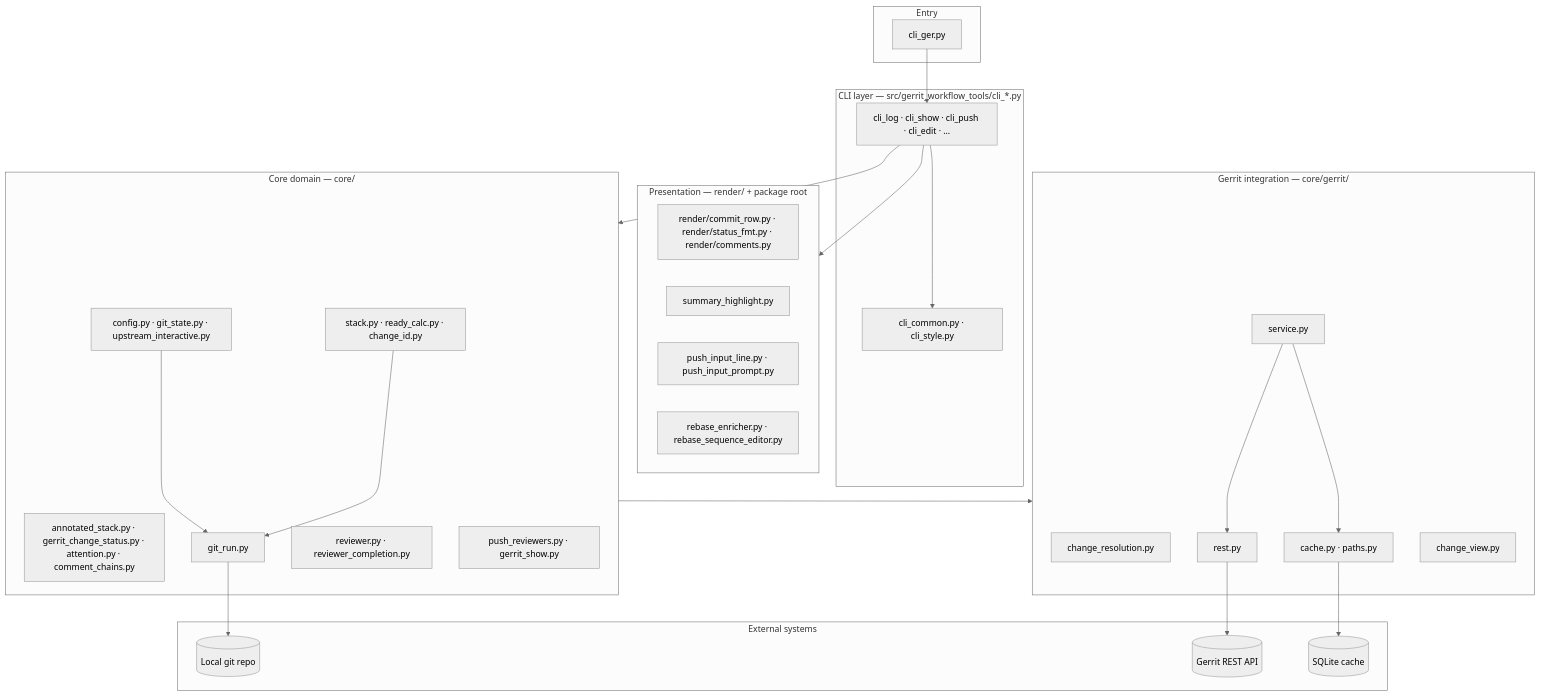
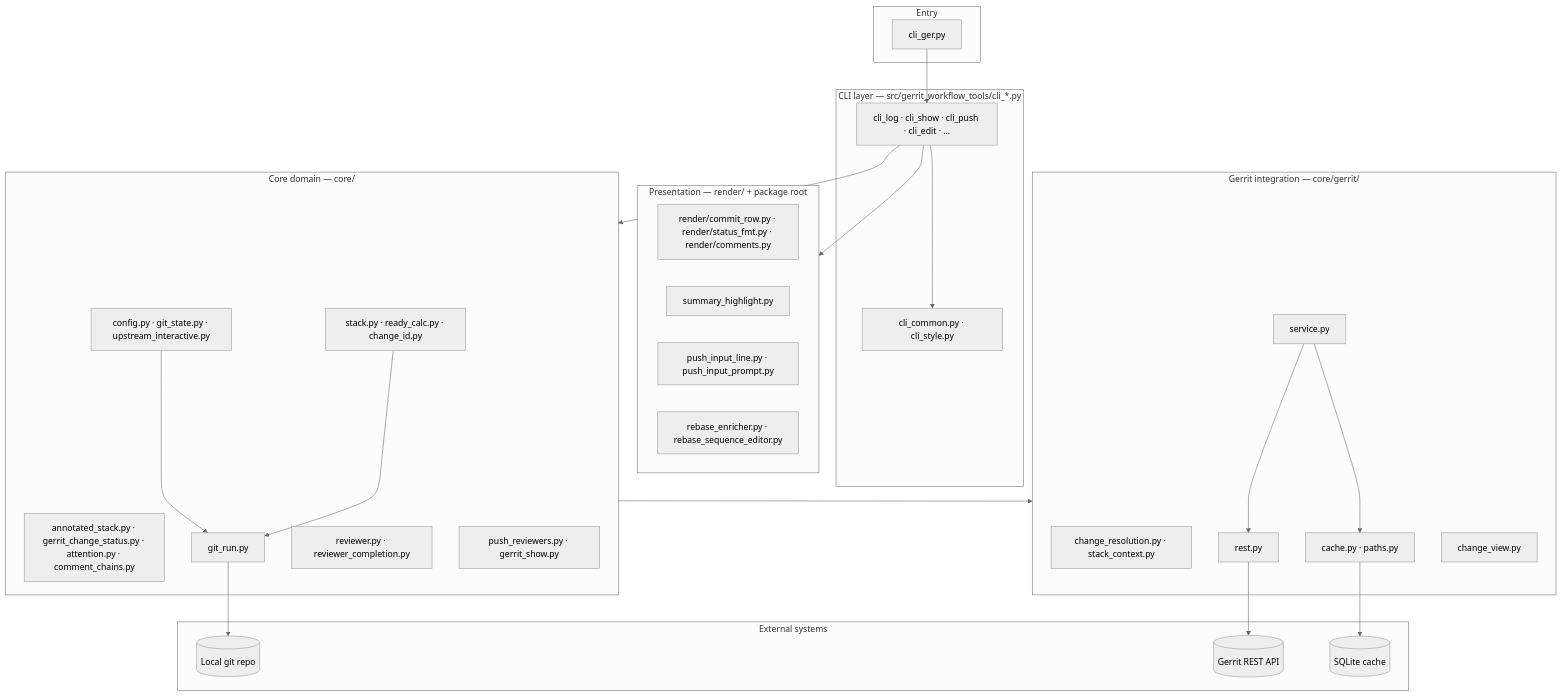
Before and after one commit to togrue/gerrit-workflow-tools: the first of 8 diagrams in docu/architecture.md, drawn with Mermaid (neutral theme). The commit also changed other lines of this file and 18 other files, not shown here.

First line of the commit message:
Move stack context out of change_resolution into its own module

````diff
--- a/docu/architecture.md
+++ b/docu/architecture.md
@@ -29,54 +29,54 @@
 ```mermaid
 flowchart TB
   subgraph entry [Entry]
     ger[cli_ger.py]
   end
 
   subgraph cli [CLI layer — src/gerrit_workflow_tools/cli_*.py]
     common[cli_common.py · cli_style.py]
     commands[cli_log · cli_show · cli_push · cli_edit · …]
   end
 
   subgraph presentation [Presentation — render/ + package root]
     render[render/commit_row.py · render/status_fmt.py · render/comments.py]
     highlight[summary_highlight.py]
     push_ui[push_input_line.py · push_input_prompt.py]
     rebase_hook[rebase_enricher.py · rebase_sequence_editor.py]
   end
 
   subgraph core [Core domain — core/]
     stack[stack.py · ready_calc.py · change_id.py]
     status[annotated_stack.py · gerrit_change_status.py · attention.py · comment_chains.py]
     config[config.py · git_state.py · upstream_interactive.py]
     git[git_run.py]
     reviewers[reviewer.py · reviewer_completion.py]
     push_core[push_reviewers.py · gerrit_show.py]
   end
 
   subgraph gerrit [Gerrit integration — core/gerrit/]
-    resolution[change_resolution.py]
+    resolution[change_resolution.py · stack_context.py]
     service[service.py]
     rest[rest.py]
     cache[cache.py · paths.py]
     view[change_view.py]
   end
 
   subgraph external [External systems]
     git_repo[(Local git repo)]
     gerrit_api[(Gerrit REST API)]
     sqlite[(SQLite cache)]
   end
 
   ger --> commands
   commands --> common
   commands --> core
   commands --> presentation
   core --> gerrit
   service --> rest
   service --> cache
   rest --> gerrit_api
   cache --> sqlite
   stack --> git
   config --> git
   git --> git_repo
 ```
````
